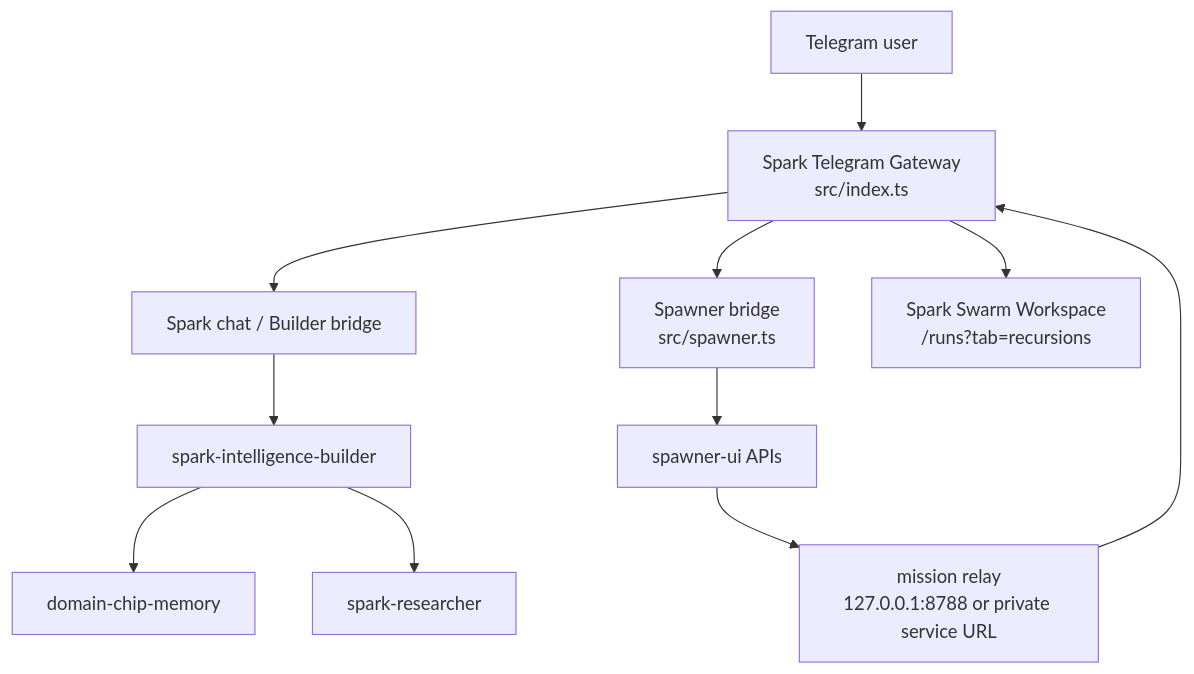
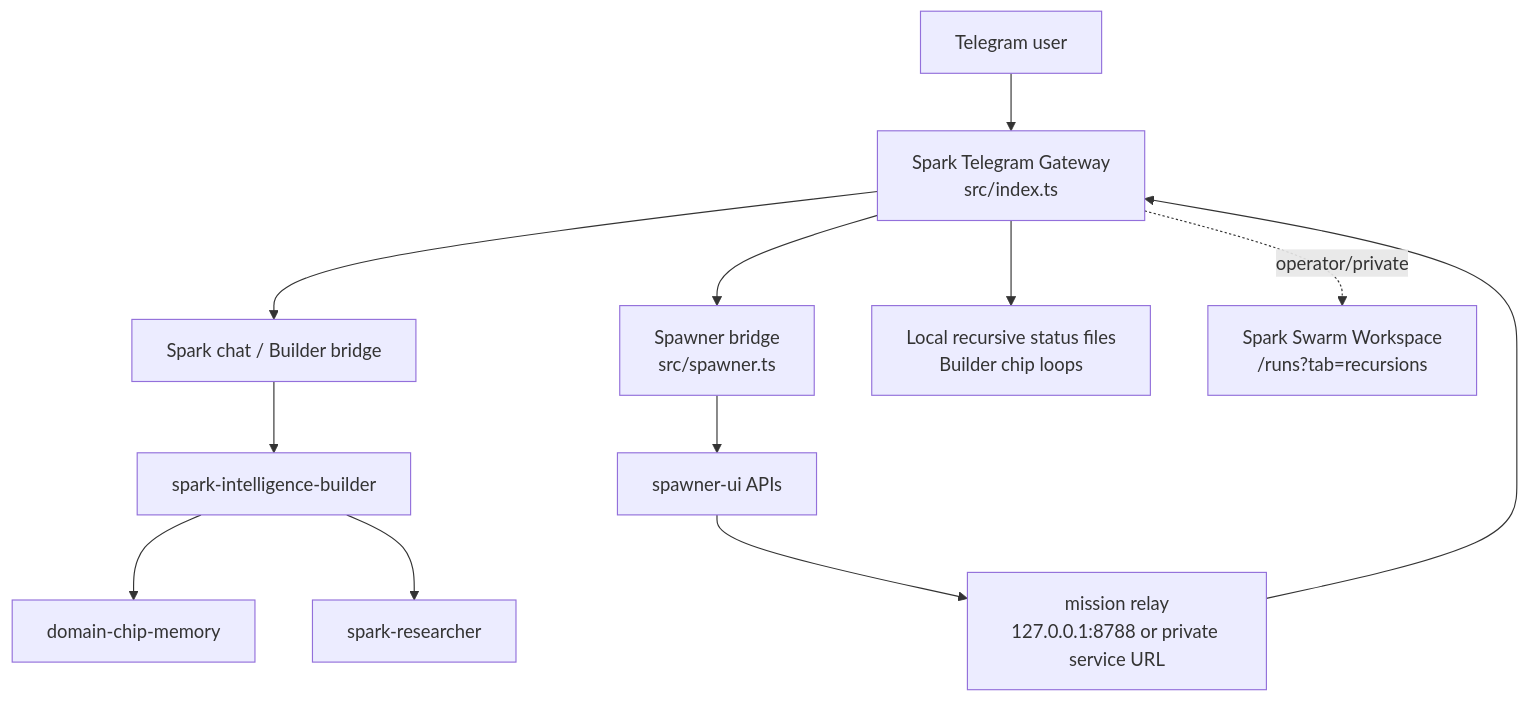
One commit to driasim/spark-telegram-bot-fix changed the first of 2 diagrams in README.md. Above: the diagram before and after it, drawn with Mermaid. The commit also changed other lines of this file, not shown here.

Commit message:
Document local recursive Telegram boundary

````diff
--- a/README.md
+++ b/README.md
@@ -31,13 +32,14 @@
 ```mermaid
 flowchart TD
   User["Telegram user"] --> Gateway["Spark Telegram Gateway<br/>src/index.ts"]
   Gateway --> Chat["Spark chat / Builder bridge"]
   Chat --> Builder["spark-intelligence-builder"]
   Builder --> Memory["domain-chip-memory"]
   Builder --> Researcher["spark-researcher"]
   Gateway --> SpawnerBridge["Spawner bridge<br/>src/spawner.ts"]
   SpawnerBridge --> Spawner["spawner-ui APIs"]
-  Gateway --> Workspace["Spark Swarm Workspace<br/>/runs?tab=recursions"]
+  Gateway --> Recursive["Local recursive status files<br/>Builder chip loops"]
+  Gateway -. "operator/private" .-> Workspace["Spark Swarm Workspace<br/>/runs?tab=recursions"]
   Spawner --> Relay["mission relay<br/>127.0.0.1:8788 or private service URL"]
   Relay --> Gateway
 ```
````
